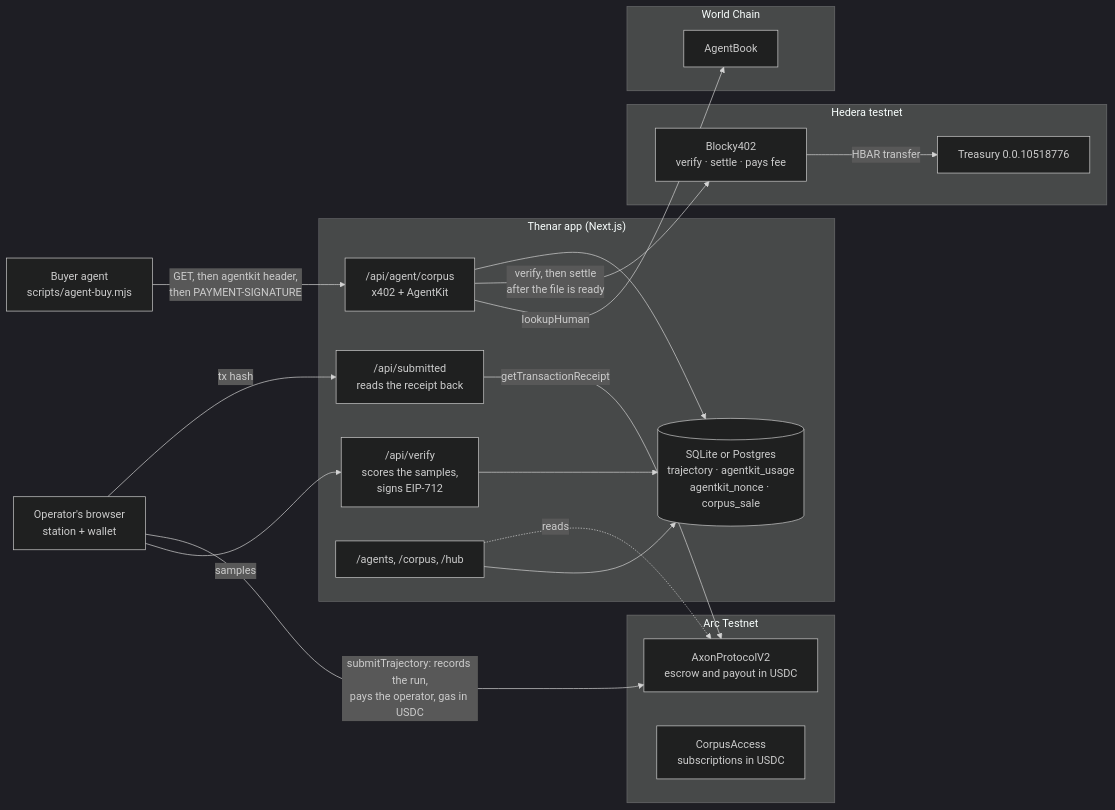
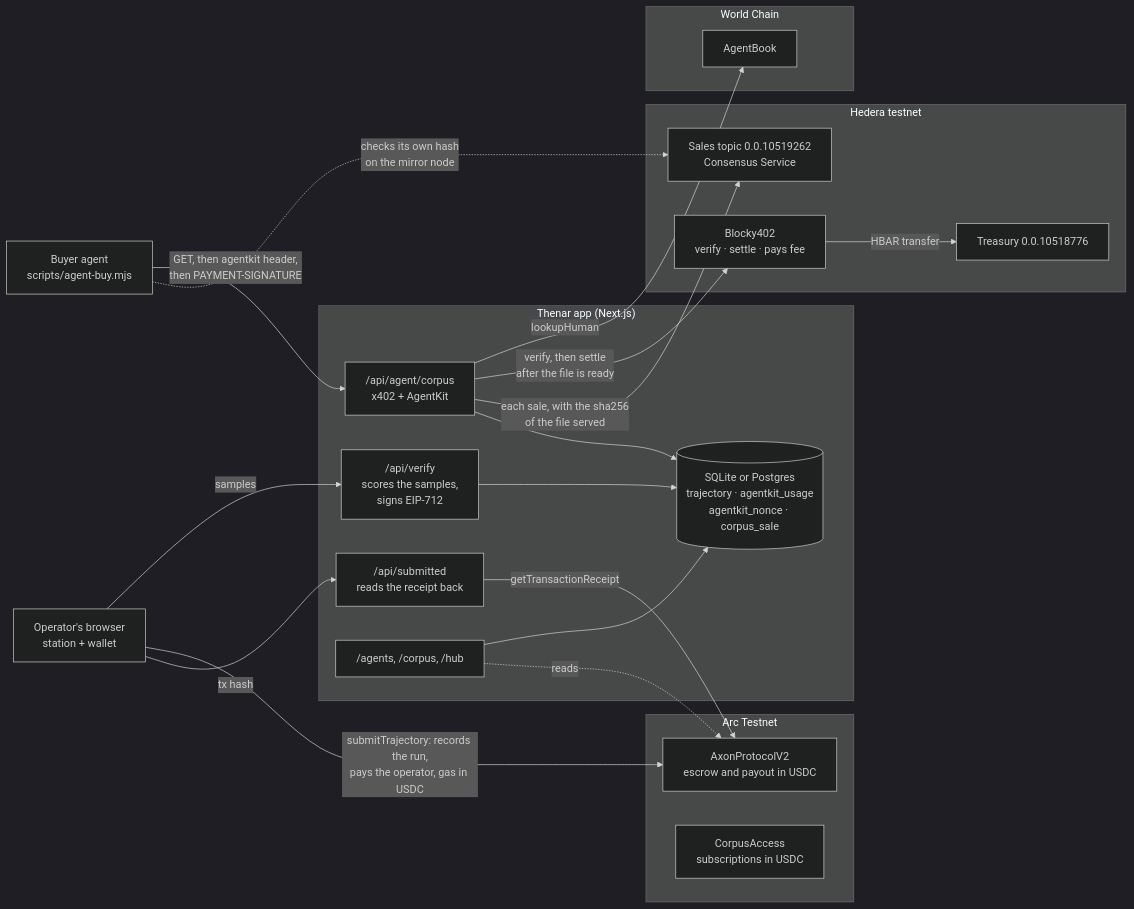
The diagram in README.md (nickthelegend/thenar-arc), drawn with Mermaid (dark theme) before and after one commit. The commit also changed other lines of this file and 1 other file, not shown here.

First line of the commit message:
Put the sales log and source verification in the submission docs

````diff
--- a/README.md
+++ b/README.md
@@ -30,38 +31,41 @@
 ```mermaid
 flowchart LR
   OP["Operator's browser<br/>station + wallet"]
   AGENT["Buyer agent<br/>scripts/agent-buy.mjs"]
 
   subgraph APP["Thenar app (Next.js)"]
     VERIFY["/api/verify<br/>scores the samples,<br/>signs EIP-712"]
     SUBMITTED["/api/submitted<br/>reads the receipt back"]
     CORPUS["/api/agent/corpus<br/>x402 + AgentKit"]
     PAGES["/agents, /corpus, /hub"]
     DB[("SQLite or Postgres<br/>trajectory · agentkit_usage<br/>agentkit_nonce · corpus_sale")]
   end
 
   subgraph ARC["Arc Testnet"]
     AXON["AxonProtocolV2<br/>escrow and payout in USDC"]
     ACCESS["CorpusAccess<br/>subscriptions in USDC"]
   end
 
   subgraph HEDERA["Hedera testnet"]
     B402["Blocky402<br/>verify · settle · pays fee"]
     TREASURY["Treasury 0.0.10518776"]
+    TOPIC["Sales topic 0.0.10519262<br/>Consensus Service"]
   end
 
   subgraph WORLD["World Chain"]
     BOOK["AgentBook"]
   end
 
   OP -- "samples" --> VERIFY --> DB
   OP -- "submitTrajectory: records the run,<br/>pays the operator, gas in USDC" --> AXON
   OP -- "tx hash" --> SUBMITTED -- "getTransactionReceipt" --> AXON
   AGENT -- "GET, then agentkit header,<br/>then PAYMENT-SIGNATURE" --> CORPUS
   CORPUS -- "lookupHuman" --> BOOK
   CORPUS -- "verify, then settle<br/>after the file is ready" --> B402
   B402 -- "HBAR transfer" --> TREASURY
+  CORPUS -- "each sale, with the sha256<br/>of the file served" --> TOPIC
+  AGENT -. "checks its own hash<br/>on the mirror node" .-> TOPIC
   CORPUS --> DB
   PAGES --> DB
   PAGES -. "reads" .-> AXON
 ```
````
